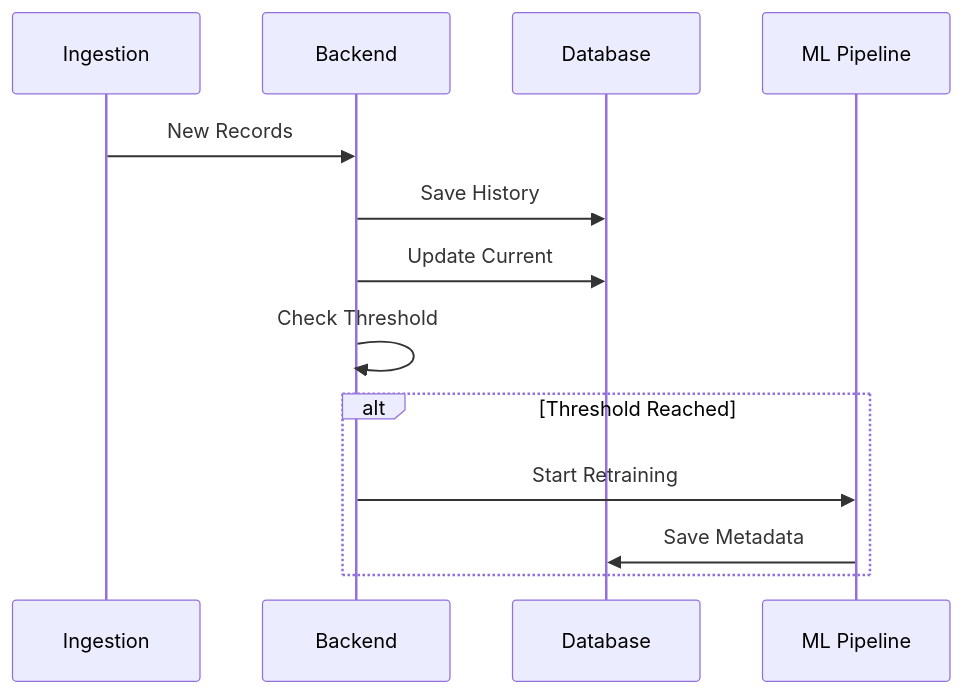
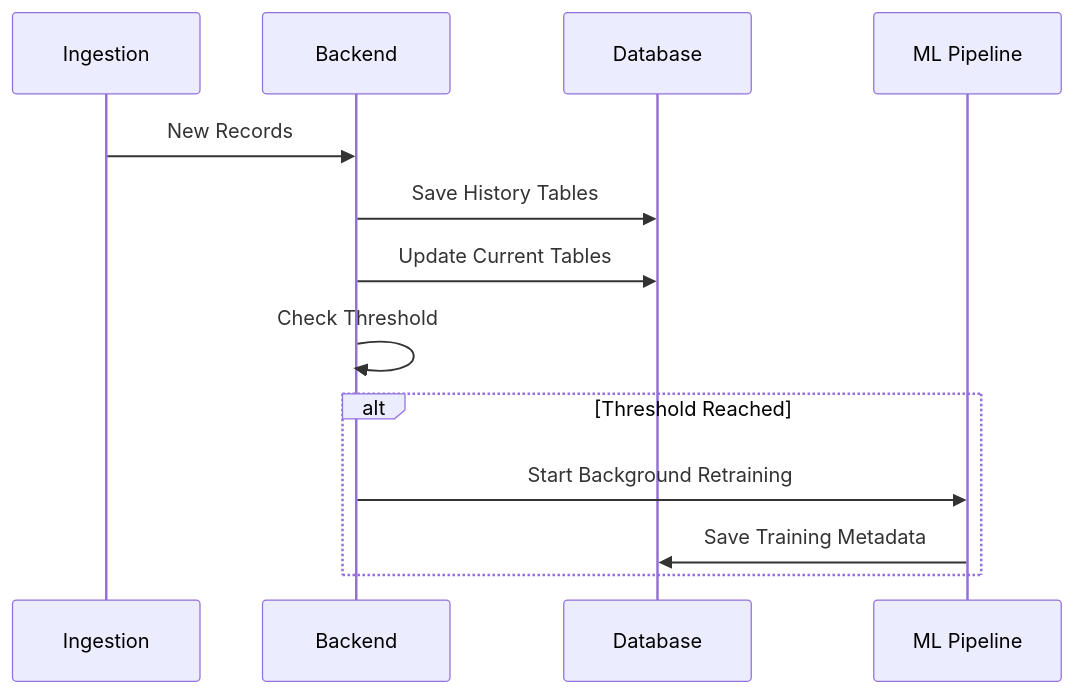
One commit to SHATHISH-07/port-system changed the sixth of 8 diagrams in README.md. Above: the diagram before and after it, drawn with Mermaid. The commit also changed other lines of this file, not shown here.

````diff
--- a/README.md
+++ b/README.md
@@ -546,17 +468,17 @@
 ```mermaid
 sequenceDiagram
     participant I as Ingestion
     participant B as Backend
     participant DB as Database
     participant ML as ML Pipeline
 
     I->>B: New Records
-    B->>DB: Save History
-    B->>DB: Update Current
+    B->>DB: Save History Tables
+    B->>DB: Update Current Tables
     B->>B: Check Threshold
 
     alt Threshold Reached
-        B->>ML: Start Retraining
-        ML->>DB: Save Metadata
+        B->>ML: Start Background Retraining
+        ML->>DB: Save Training Metadata
     end
 ```
````
